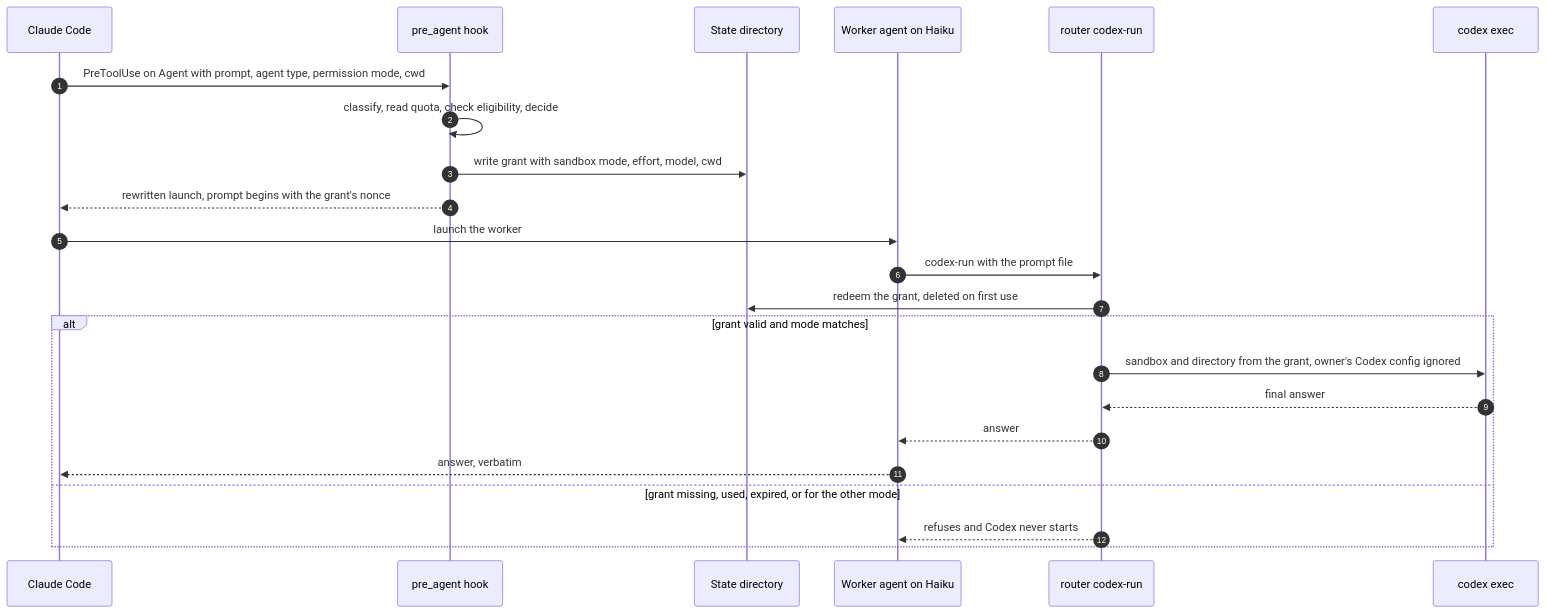
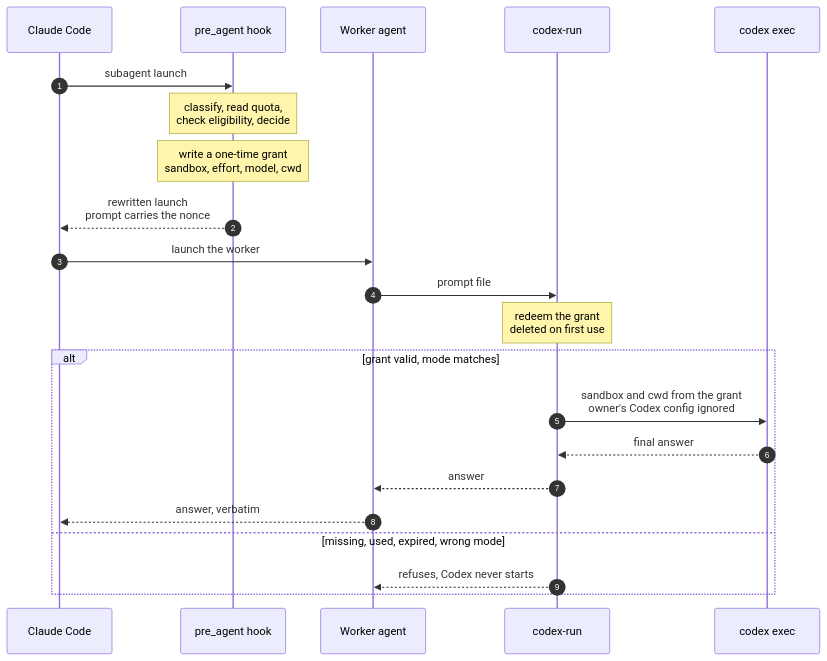
Before and after one commit to larryaus/model-router: the third of 3 diagrams in README.md, drawn with Mermaid. The commit also changed other lines of this file, not shown here.

First line of the commit message:
Lay the README diagrams out for GitHub's page width

````diff
--- a/README.md
+++ b/README.md
@@ -150,26 +157,25 @@
 ```mermaid
 sequenceDiagram
     autonumber
     participant C as Claude Code
     participant H as pre_agent hook
-    participant S as State directory
-    participant W as Worker agent on Haiku
-    participant R as router codex-run
+    participant W as Worker agent
+    participant R as codex-run
     participant X as codex exec
 
-    C->>H: PreToolUse on Agent with prompt, agent type, permission mode, cwd
-    H->>H: classify, read quota, check eligibility, decide
-    H->>S: write grant with sandbox mode, effort, model, cwd
-    H-->>C: rewritten launch, prompt begins with the grant's nonce
+    C->>H: subagent launch
+    Note over H: classify, read quota,<br/>check eligibility, decide
+    Note over H: write a one-time grant<br/>sandbox, effort, model, cwd
+    H-->>C: rewritten launch<br/>prompt carries the nonce
     C->>W: launch the worker
-    W->>R: codex-run with the prompt file
-    R->>S: redeem the grant, deleted on first use
-    alt grant valid and mode matches
-        R->>X: sandbox and directory from the grant, owner's Codex config ignored
+    W->>R: prompt file
+    Note over R: redeem the grant<br/>deleted on first use
+    alt grant valid, mode matches
+        R->>X: sandbox and cwd from the grant<br/>owner's Codex config ignored
         X-->>R: final answer
         R-->>W: answer
         W-->>C: answer, verbatim
-    else grant missing, used, expired, or for the other mode
-        R-->>W: refuses and Codex never starts
+    else missing, used, expired, wrong mode
+        R-->>W: refuses, Codex never starts
     end
 ```
````
